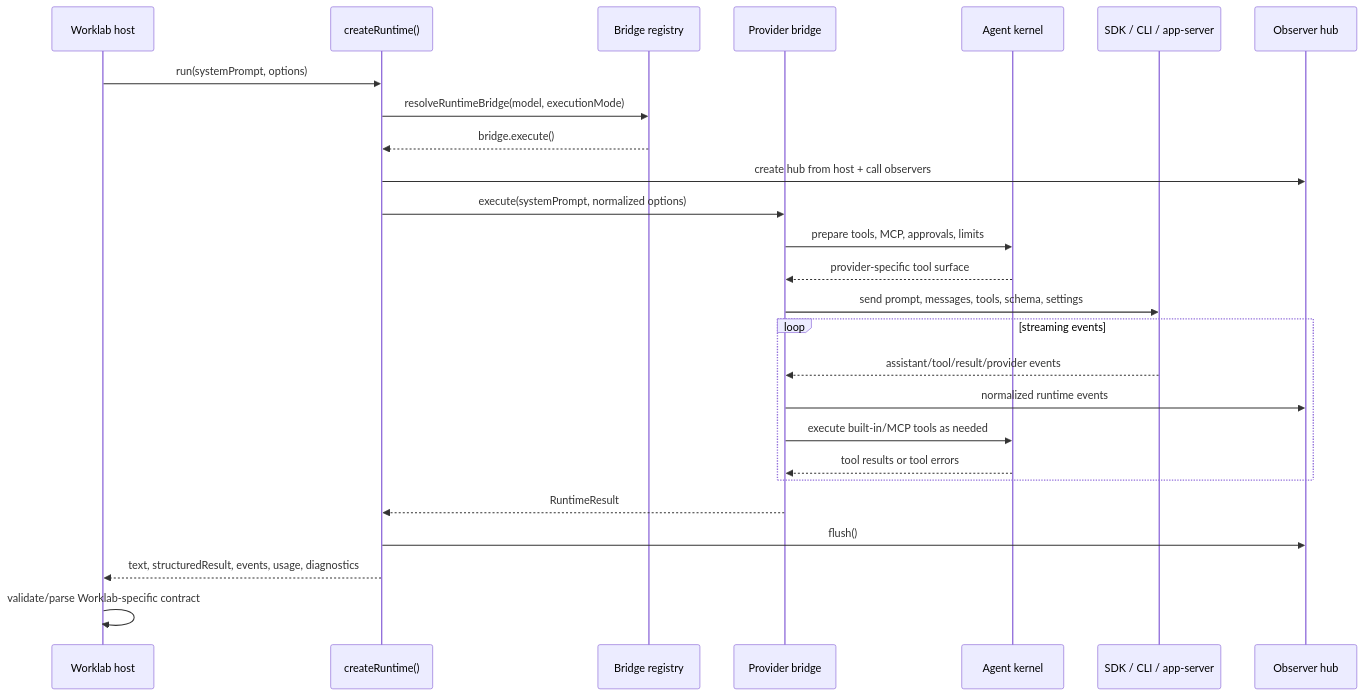
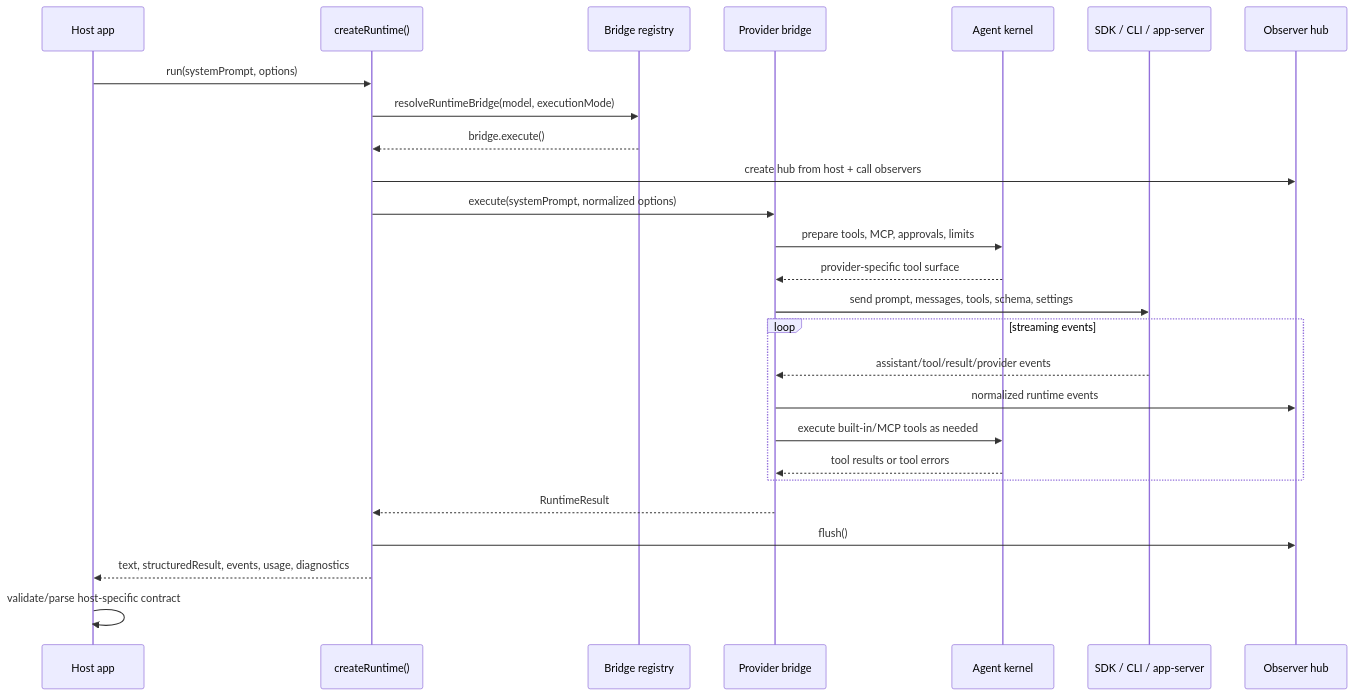
One commit to robertsreberski/mono-agent changed the third of 5 diagrams in packages/agent-runtime/ARCHITECTURE.md. Above: the diagram before and after it, drawn with Mermaid. The commit also changed other lines of this file and 157 other files, not shown here.

````diff
--- a/packages/agent-runtime/ARCHITECTURE.md
+++ b/packages/agent-runtime/ARCHITECTURE.md
@@ -86,32 +85,32 @@
 ```mermaid
 sequenceDiagram
-  participant Host as Worklab host
+  participant Host as Host app
   participant Runtime as createRuntime()
   participant Registry as Bridge registry
   participant Bridge as Provider bridge
   participant Kernel as Agent kernel
   participant Provider as SDK / CLI / app-server
   participant Observer as Observer hub
 
   Host->>Runtime: run(systemPrompt, options)
   Runtime->>Registry: resolveRuntimeBridge(model, executionMode)
   Registry-->>Runtime: bridge.execute()
   Runtime->>Observer: create hub from host + call observers
   Runtime->>Bridge: execute(systemPrompt, normalized options)
 
   Bridge->>Kernel: prepare tools, MCP, approvals, limits
   Kernel-->>Bridge: provider-specific tool surface
   Bridge->>Provider: send prompt, messages, tools, schema, settings
 
   loop streaming events
     Provider-->>Bridge: assistant/tool/result/provider events
     Bridge->>Observer: normalized runtime events
     Bridge->>Kernel: execute built-in/MCP tools as needed
     Kernel-->>Bridge: tool results or tool errors
   end
 
   Bridge-->>Runtime: RuntimeResult
   Runtime->>Observer: flush()
   Runtime-->>Host: text, structuredResult, events, usage, diagnostics
-  Host->>Host: validate/parse Worklab-specific contract
+  Host->>Host: validate/parse host-specific contract
 ```
````
